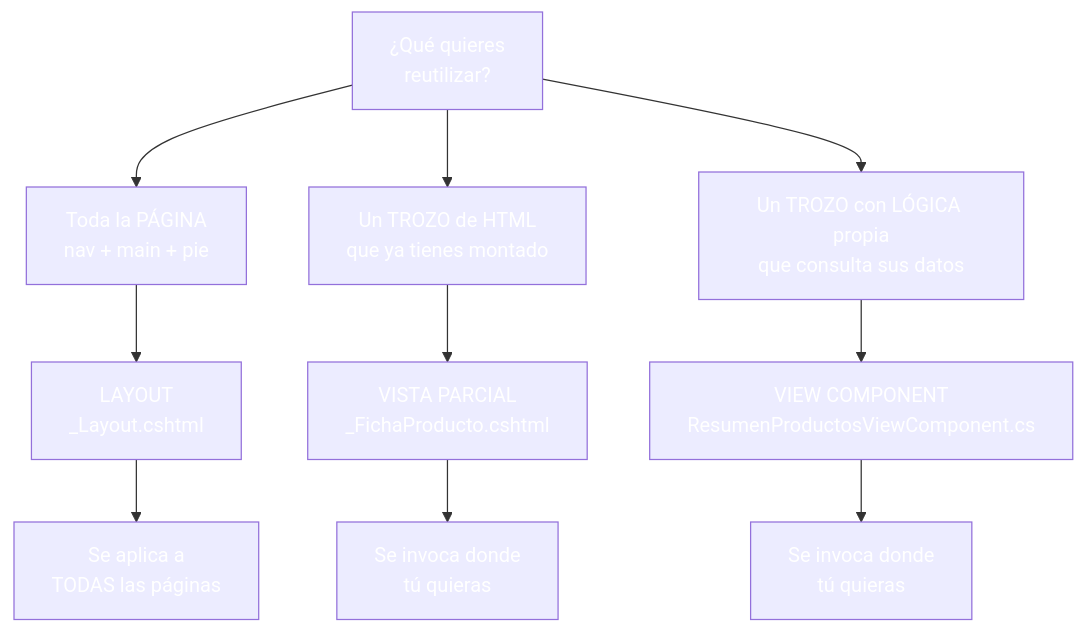
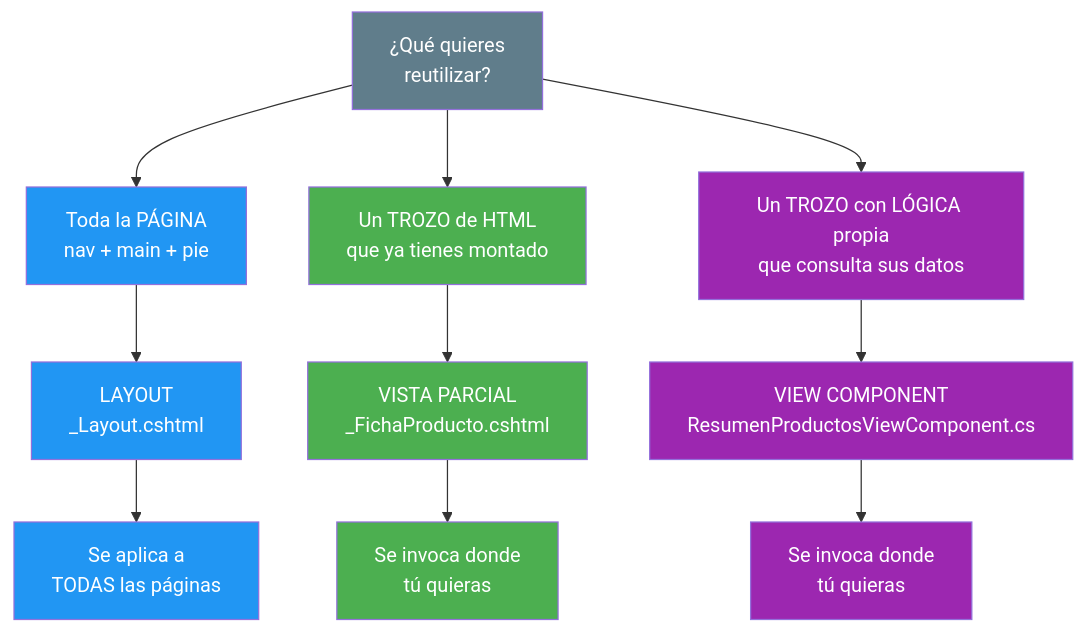
Before and after one commit to joseluisgs/DesarrolloWebEntornosServidor-03-2026-2027: the first of 5 diagrams in 05-layouts-partials-componentes.md, drawn with Mermaid. The commit also changed other lines of this file and 25 other files, not shown here.

Commit message:
docs: corregir los estilos Mermaid de los temas y alinear el dominio del tema 25 con ProductosApp

````diff
--- a/05-layouts-partials-componentes.md
+++ b/05-layouts-partials-componentes.md
@@ -91,25 +91,25 @@
 ```mermaid
 graph TD
     A["¿Qué quieres<br/>reutilizar?"] --> B["Toda la PÁGINA<br/>nav + main + pie"]
     A --> C["Un TROZO de HTML<br/>que ya tienes montado"]
     A --> D["Un TROZO con LÓGICA propia<br/>que consulta sus datos"]
 
     B --> B1["LAYOUT<br/>_Layout.cshtml"]
     C --> C1["VISTA PARCIAL<br/>_FichaProducto.cshtml"]
     D --> D1["VIEW COMPONENT<br/>ResumenProductosViewComponent.cs"]
 
     B1 --> E["Se aplica a<br/>TODAS las páginas"]
     C1 --> F["Se invoca donde<br/>tú quieras"]
     D1 --> G["Se invoca donde<br/>tú quieras"]
 
-    style A fill:#607D8,color:#fffB,color:#fff
-    style B fill:#2196F,color:#fff3,color:#fff
-    style C fill:#4CAF5,color:#fff0,color:#fff
-    style D fill:#9C27B,color:#fff0,color:#fff
-    style B1 fill:#2196F,color:#fff3,color:#fff
-    style C1 fill:#4CAF5,color:#fff0,color:#fff
-    style D1 fill:#9C27B,color:#fff0,color:#fff
-    style E fill:#2196F,color:#fff3,color:#fff
-    style F fill:#4CAF5,color:#fff0,color:#fff
-    style G fill:#9C27B,color:#fff0,color:#fff
+    style A fill:#607D8B,color:#fff
+    style B fill:#2196F3,color:#fff
+    style C fill:#4CAF50,color:#fff
+    style D fill:#9C27B0,color:#fff
+    style B1 fill:#2196F3,color:#fff
+    style C1 fill:#4CAF50,color:#fff
+    style D1 fill:#9C27B0,color:#fff
+    style E fill:#2196F3,color:#fff
+    style F fill:#4CAF50,color:#fff
+    style G fill:#9C27B0,color:#fff
 ```
````
